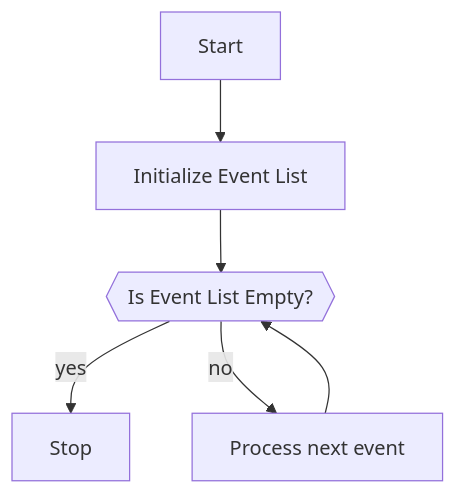
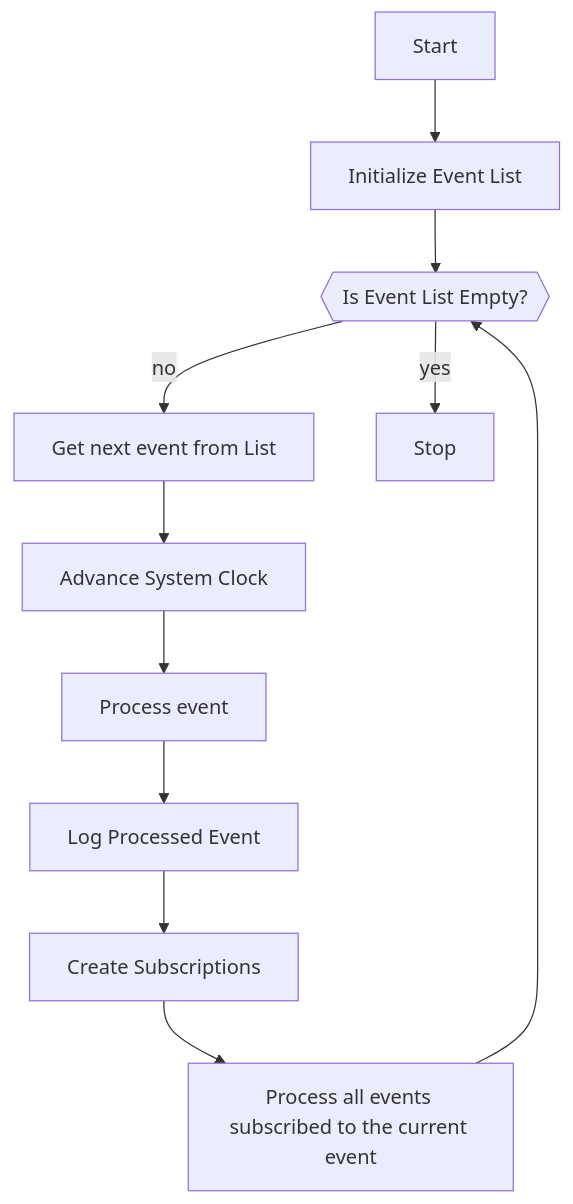
Before and after one commit to jasdefer/QueueSharp: the second of 6 diagrams in README.md, drawn with Mermaid. The commit also changed other lines of this file, not shown here.

Commit message:
Trying to describe more logic in flowcharts

````diff
--- a/README.md
+++ b/README.md
@@ -35,11 +35,21 @@
 ```mermaid
 flowchart TD
     B[Initialize Event List]
     C{{Is Event List Empty?}}
-    D[Process next event]
+    D[Get next event from List]
+    Time[Advance System Clock]
+    E[Process event]
+    A[Log Processed Event]
+    F[Create Subscriptions]
+    G[Process all events subscribed to the current event]
     Start-->B
     B-->C
+    C-- no -->D
+    D-->Time
+    Time-->E
+    E-->A
+    A-->F
+    F-->G
+    G-->C
     C-- yes -->Stop
-    C-- no -->D
-    D --> C
 ```
````
